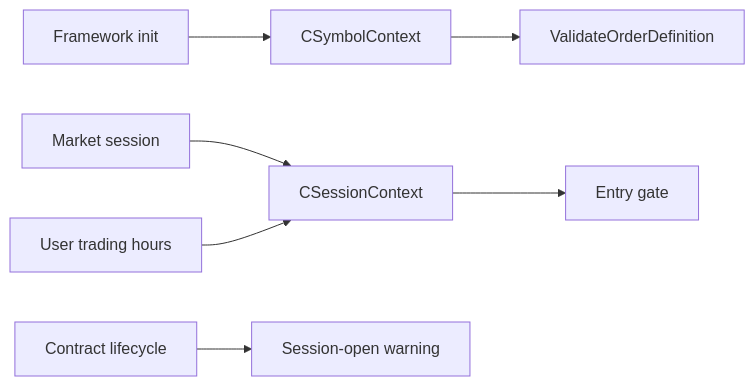
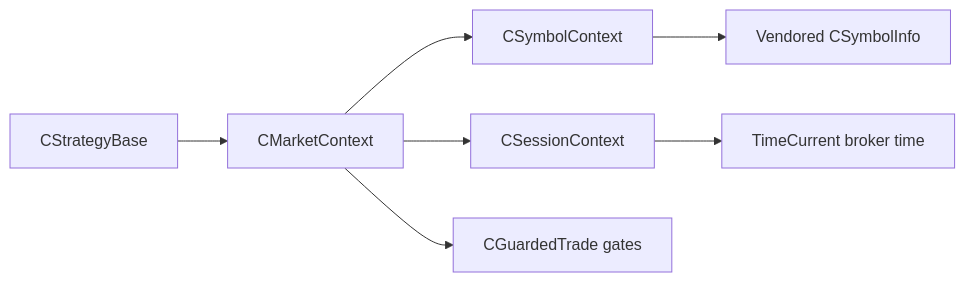
The diagram in docs/06_SPEC/SPEC-06_market_session_and_symbol_context/SPEC-06_market_session_and_symbol_context.readable.md (phbrgnomo/TradeSpine), drawn with Mermaid before and after one commit. The commit also changed other lines of this file and 33 other files, not shown here.

````diff
--- a/docs/06_SPEC/SPEC-06_market_session_and_symbol_context/SPEC-06_market_session_and_symbol_context.readable.md
+++ b/docs/06_SPEC/SPEC-06_market_session_and_symbol_context/SPEC-06_market_session_and_symbol_context.readable.md
@@ -18,9 +21,9 @@
 ```mermaid
 flowchart LR
-  Init["Framework init"] --> Symbol["CSymbolContext"]
-  Symbol --> Validate["ValidateOrderDefinition"]
-  Market["Market session"] --> Session["CSessionContext"]
-  UserHours["User trading hours"] --> Session
-  Session --> Gate["Entry gate"]
-  Contract["Contract lifecycle"] --> Warning["Session-open warning"]
+  Strategy["CStrategyBase"] --> Market["CMarketContext"]
+  Market --> Symbol["CSymbolContext"]
+  Market --> Session["CSessionContext"]
+  Symbol --> StdLib["Vendored CSymbolInfo"]
+  Session --> BrokerClock["TimeCurrent broker time"]
+  Market --> Guard["CGuardedTrade gates"]
 ```
````
